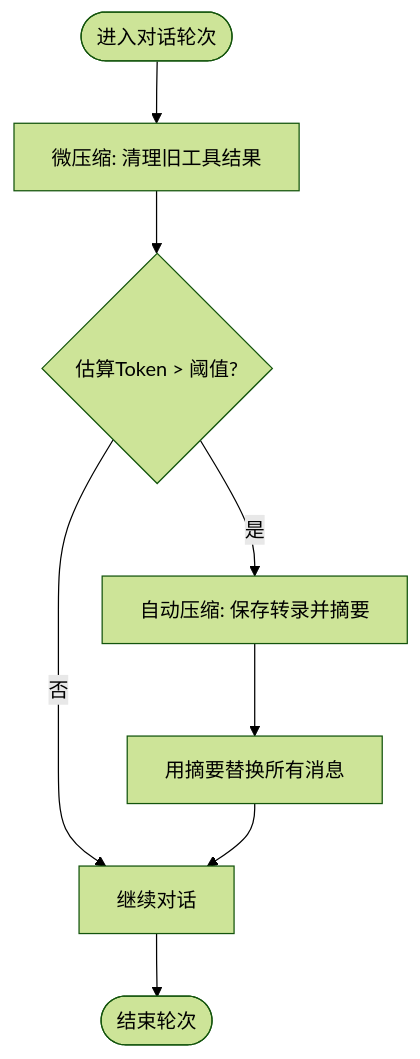
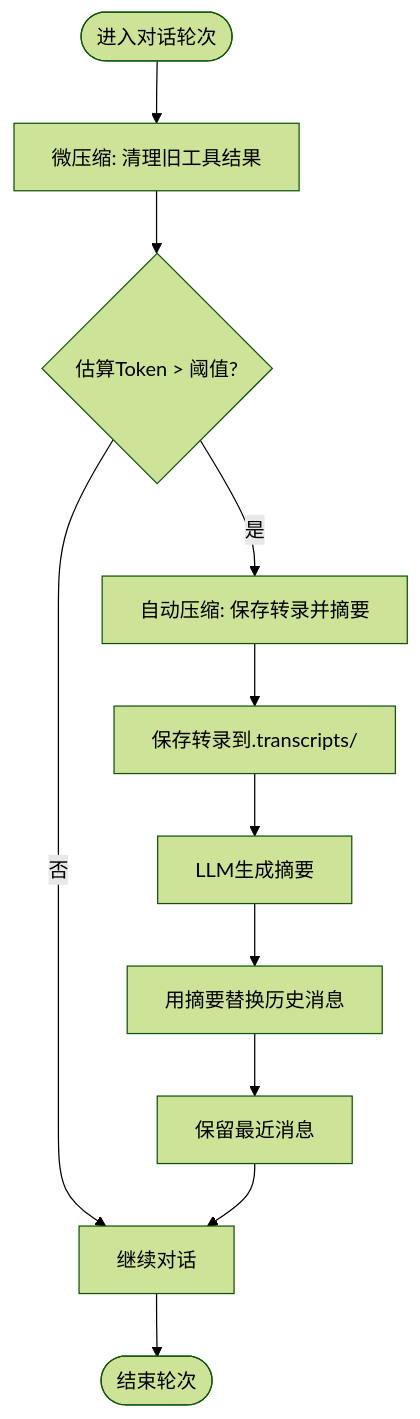
Before and after one commit to eurekaYYzero/Mini-Claude-Code: the fifth of 6 diagrams in .qoder/repowiki/zh/content/核心功能详解/上下文隔离架构.md, drawn with Mermaid (forest theme). The commit also changed other lines of this file and 27 other files, not shown here.

````diff
--- a/.qoder/repowiki/zh/content/核心功能详解/上下文隔离架构.md
+++ b/.qoder/repowiki/zh/content/核心功能详解/上下文隔离架构.md
@@ -196,10 +214,13 @@
 ```mermaid
 flowchart TD
 Enter(["进入对话轮次"]) --> Micro["微压缩: 清理旧工具结果"]
 Micro --> TokenCheck{"估算Token > 阈值?"}
 TokenCheck --> |否| Continue["继续对话"]
 TokenCheck --> |是| Auto["自动压缩: 保存转录并摘要"]
-Auto --> Replace["用摘要替换所有消息"]
-Replace --> Continue
+Auto --> SaveTranscript["保存转录到.transcripts/"]
+SaveTranscript --> GenerateSummary["LLM生成摘要"]
+GenerateSummary --> Replace["用摘要替换历史消息"]
+Replace --> KeepRecent["保留最近消息"]
+KeepRecent --> Continue
 Continue --> Exit(["结束轮次"])
 ```
````
